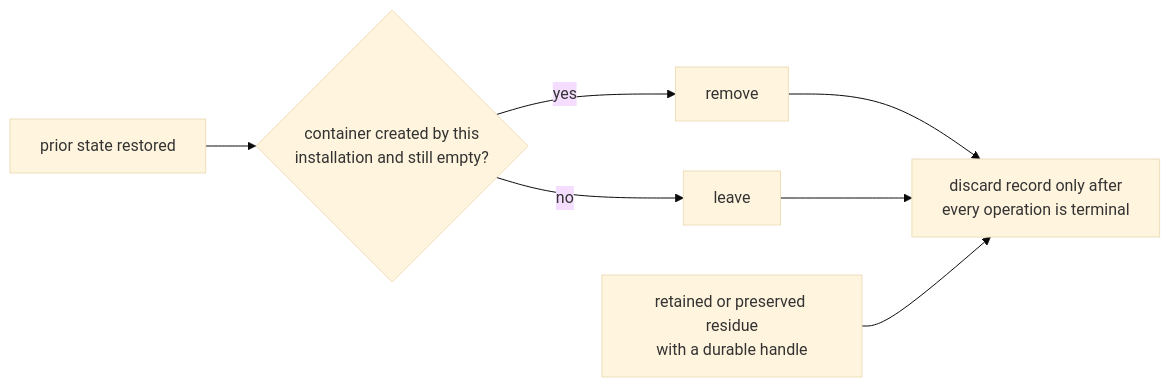
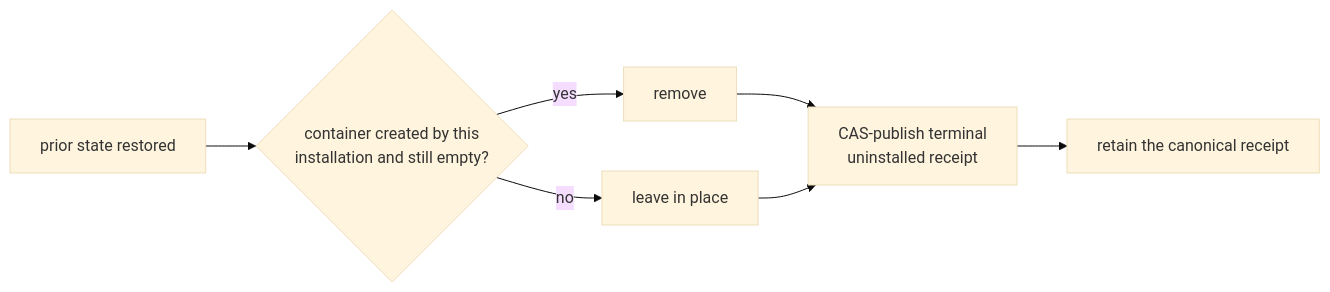
Before and after one commit to infimalabs/spice-rust: the ninth of 10 diagrams in docs/product/planes/distribution.md, drawn with Mermaid (base theme). The commit also changed other lines of this file and 71 other files, not shown here.

````diff
--- a/docs/product/planes/distribution.md
+++ b/docs/product/planes/distribution.md
@@ -379,9 +395,9 @@
 ```mermaid
 flowchart LR
   RV["prior state restored"] --> CN{"container created by this<br/>installation and still empty?"}
   CN -- yes --> RM[remove]
-  CN -- no --> KP[leave]
-  RM --> FIN["discard record only after<br/>every operation is terminal"]
+  CN -- no --> KP["leave in place"]
+  RM --> FIN["CAS-publish terminal<br/>uninstalled receipt"]
   KP --> FIN
-  RES["retained or preserved residue<br/>with a durable handle"] --> FIN
+  FIN --> KEEP["retain the canonical receipt"]
 ```
````
